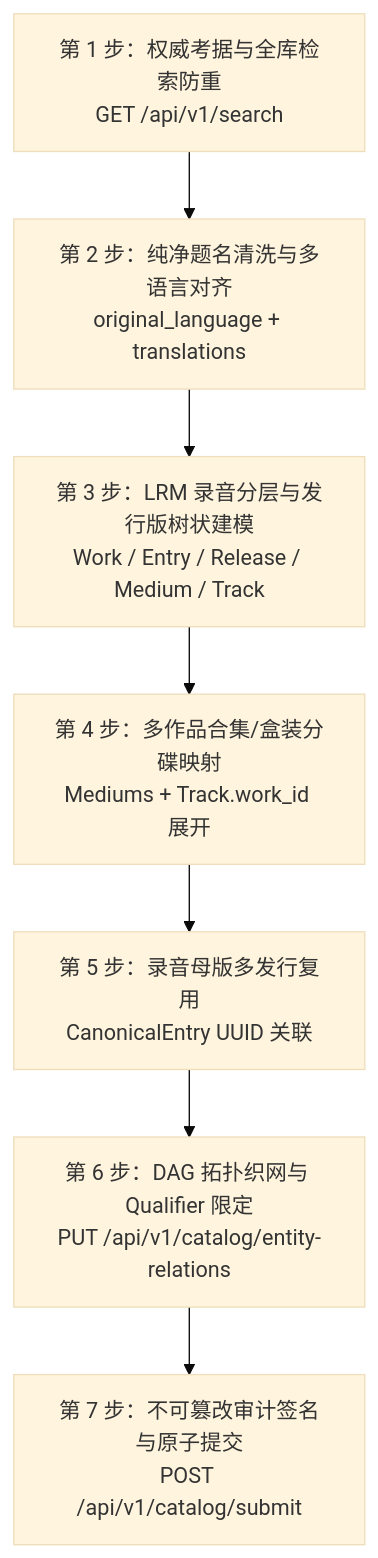
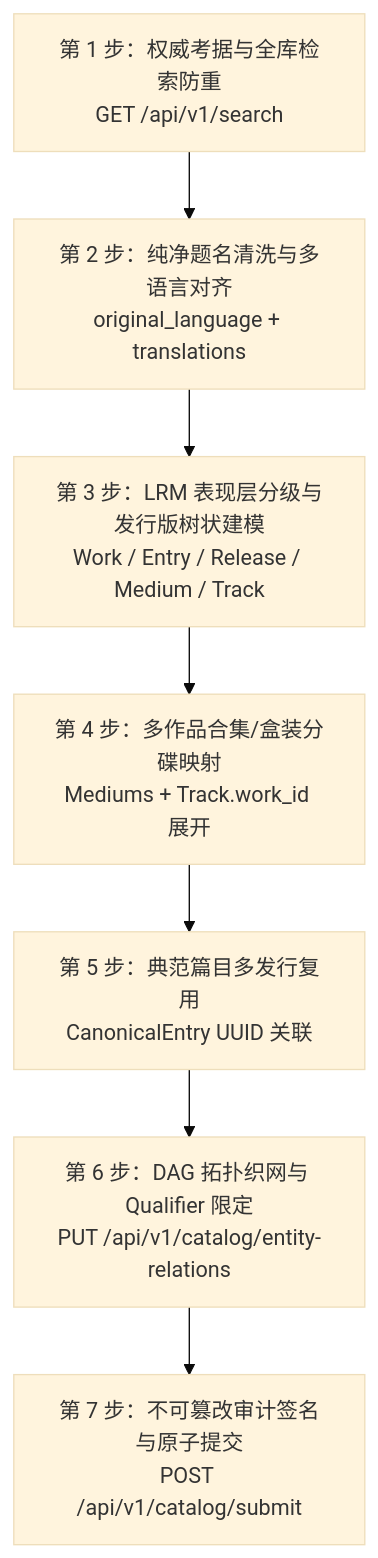
Before and after one commit to MoeclubM/MetaFusion: the diagram in docs-site/docs/agent-integration.md, drawn with Mermaid (base theme). The commit also changed other lines of this file and 4 other files, not shown here.

````diff
--- a/docs-site/docs/agent-integration.md
+++ b/docs-site/docs/agent-integration.md
@@ -62,9 +62,9 @@
 ```mermaid
 flowchart TD
     Step1[第 1 步：权威考据与全库检索防重<br>GET /api/v1/search] --> Step2[第 2 步：纯净题名清洗与多语言对齐<br>original_language + translations]
-    Step2 --> Step3[第 3 步：LRM 录音分层与发行版树状建模<br>Work / Entry / Release / Medium / Track]
+    Step2 --> Step3[第 3 步：LRM 表现层分级与发行版树状建模<br>Work / Entry / Release / Medium / Track]
     Step3 --> Step4[第 4 步：多作品合集/盒装分碟映射<br>Mediums + Track.work_id 展开]
-    Step4 --> Step5[第 5 步：录音母版多发行复用<br>CanonicalEntry UUID 关联]
+    Step4 --> Step5[第 5 步：典范篇目多发行复用<br>CanonicalEntry UUID 关联]
     Step5 --> Step6[第 6 步：DAG 拓扑织网与 Qualifier 限定<br>PUT /api/v1/catalog/entity-relations]
     Step6 --> Step7[第 7 步：不可篡改审计签名与原子提交<br>POST /api/v1/catalog/submit]
 ```
````
